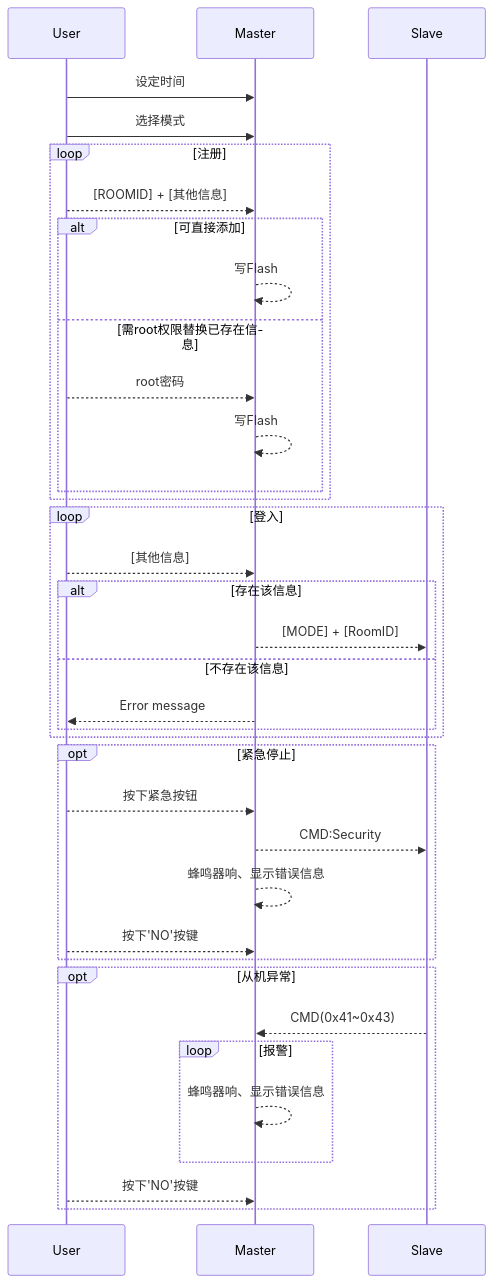
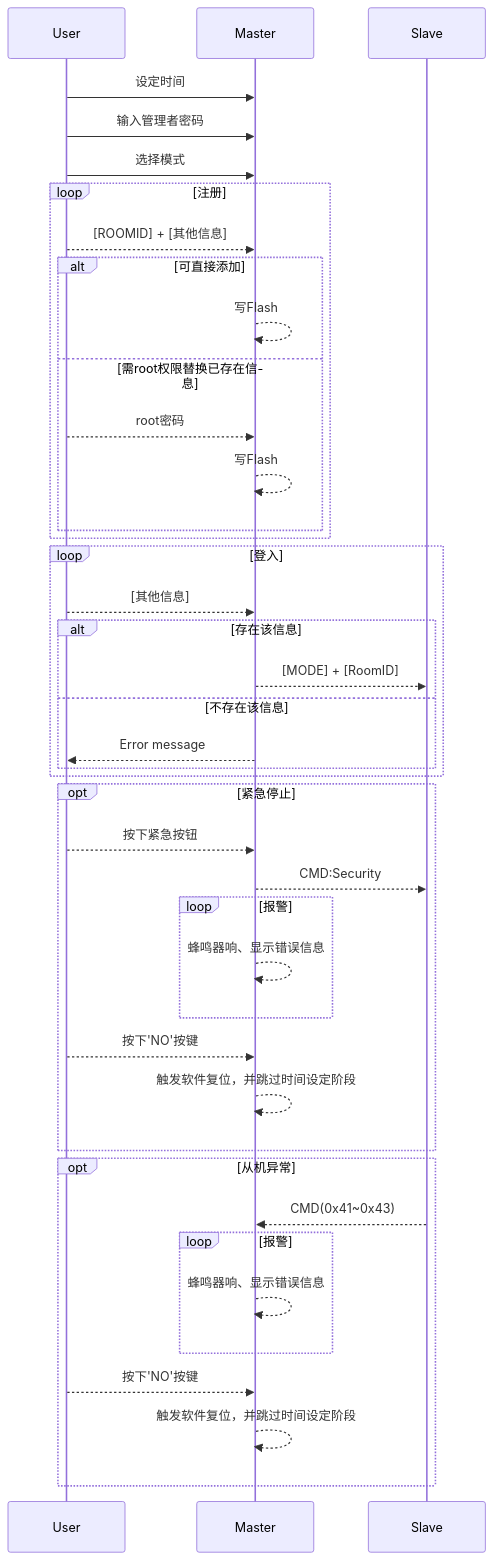
The first of 2 diagrams in Doc/SlaveMessage.md (savent404/AttendanceMachine), drawn with Mermaid before and after one commit. The commit also changed other lines of this file, not shown here.

````diff
--- a/Doc/SlaveMessage.md
+++ b/Doc/SlaveMessage.md
@@ -4,38 +4,43 @@
 ```mermaid
 sequenceDiagram
   User->>Master: 设定时间
+  User->>Master: 输入管理者密码
   User->>Master: 选择模式
   loop 注册
     User-->>Master: [ROOMID] + [其他信息]
     alt 可直接添加
       Master-->>Master: 写Flash
     else 需root权限替换已存在信息
       User-->>Master: root密码
       Master-->>Master: 写Flash
     end
   end 
 
   loop 登入
     User-->>Master: [其他信息]
     alt 存在该信息
       Master-->>Slave: [MODE] + [RoomID]
     else 不存在该信息
       Master-->>User: Error message
     end
   end
 
   opt 紧急停止
     User-->>Master: 按下紧急按钮
     Master-->>Slave: CMD:Security
-    Master-->>Master: 蜂鸣器响、显示错误信息
+    loop 报警
+      Master-->>Master: 蜂鸣器响、显示错误信息
+    end
     User-->>Master: 按下'NO'按键
+    Master-->>Master:触发软件复位，并跳过时间设定阶段
   end
 
   opt 从机异常
     Slave-->>Master: CMD(0x41~0x43)
     loop 报警
-    Master-->>Master: 蜂鸣器响、显示错误信息
+      Master-->>Master: 蜂鸣器响、显示错误信息
     end
     User-->>Master: 按下'NO'按键
+    Master-->>Master:触发软件复位，并跳过时间设定阶段
   end
 ```
````
